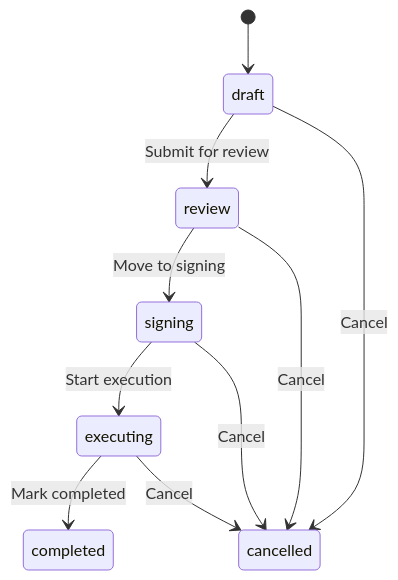
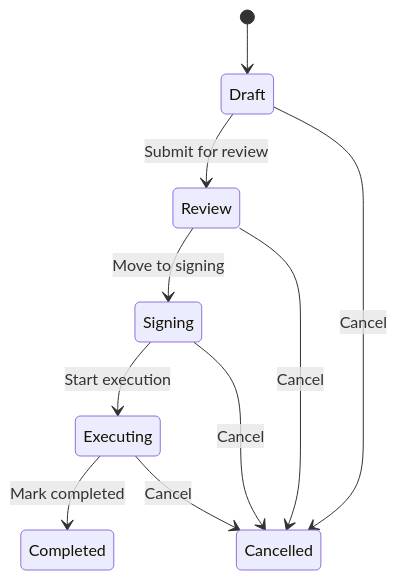
One commit to Mabdelmofdy/PMtwin1 changed the fourth of 6 diagrams in docs/PM-Twin-Complete-User-Guide.md. Above: the diagram before and after it, drawn with Mermaid. The commit also changed other lines of this file and 1 other file, not shown here.

````diff
--- a/docs/PM-Twin-Complete-User-Guide.md
+++ b/docs/PM-Twin-Complete-User-Guide.md
@@ -863,12 +861,12 @@
 ```mermaid
 stateDiagram-v2
-  [*] --> draft
-  draft --> review: Submit for review
-  review --> signing: Move to signing
-  signing --> executing: Start execution
-  executing --> completed: Mark completed
-  draft --> cancelled: Cancel
-  review --> cancelled: Cancel
-  signing --> cancelled: Cancel
-  executing --> cancelled: Cancel
+  [*] --> Draft
+  Draft --> Review: Submit for review
+  Review --> Signing: Move to signing
+  Signing --> Executing: Start execution
+  Executing --> Completed: Mark completed
+  Draft --> Cancelled: Cancel
+  Review --> Cancelled: Cancel
+  Signing --> Cancelled: Cancel
+  Executing --> Cancelled: Cancel
 ```
````
